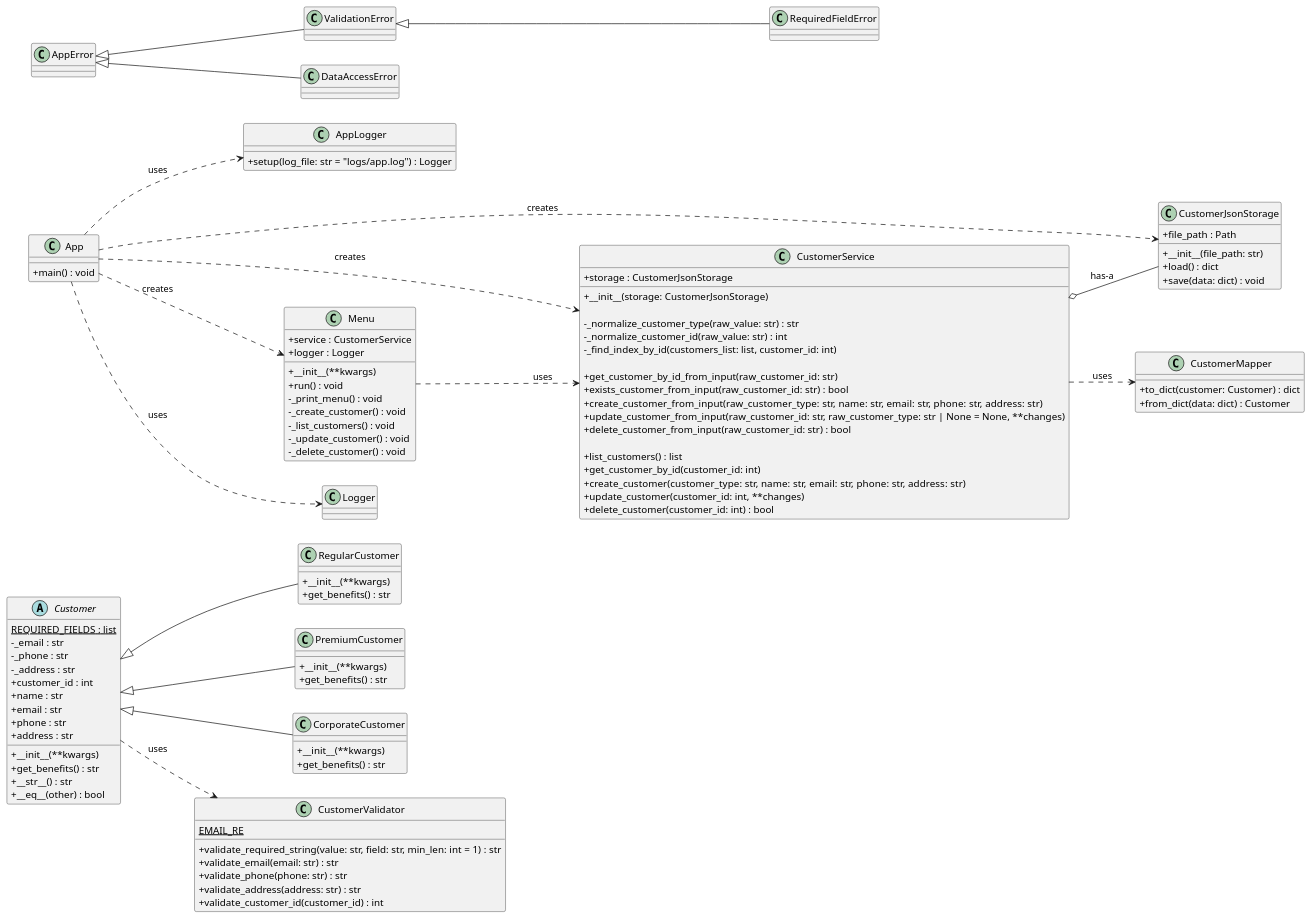
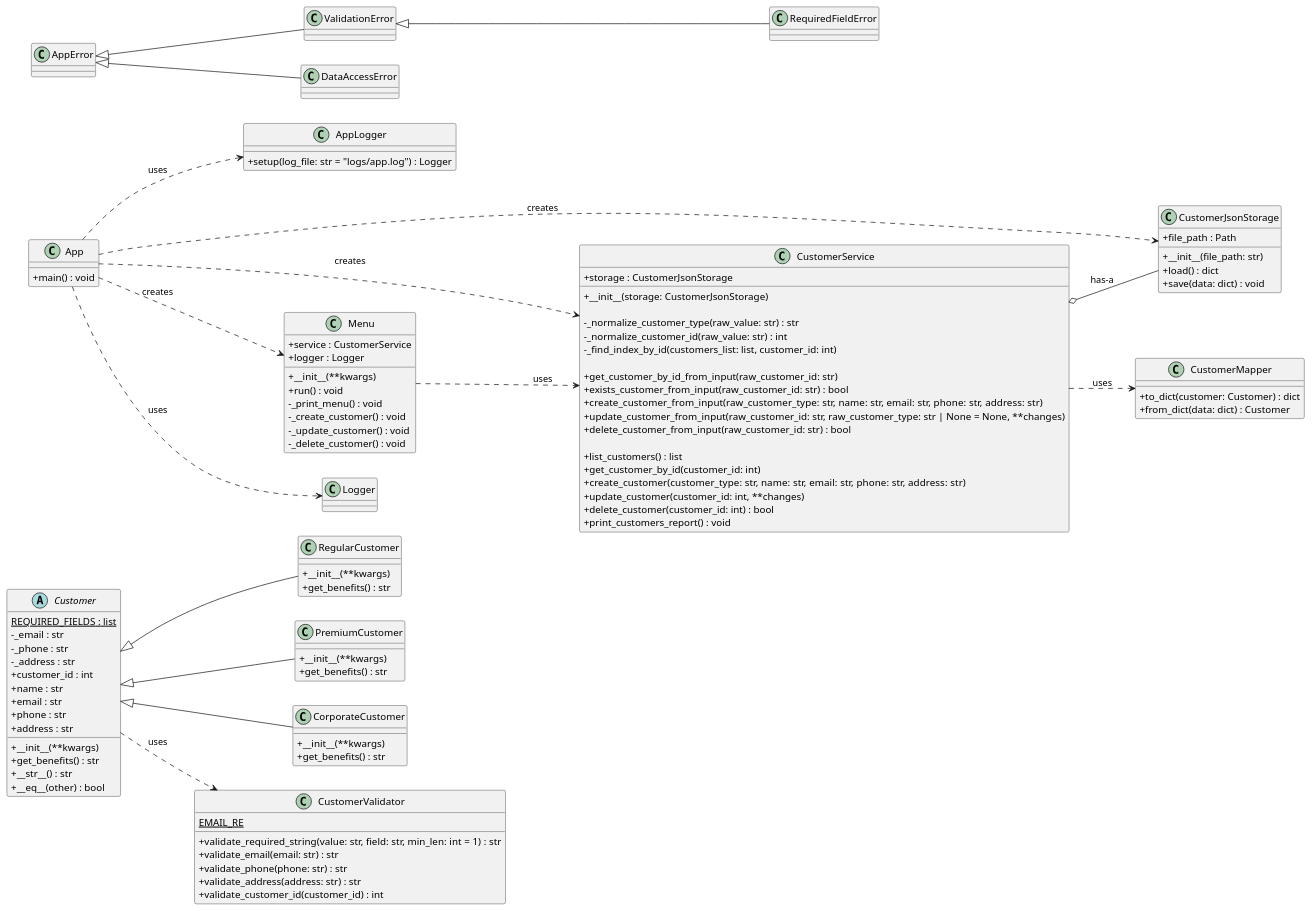
Before and after one commit to marechek/Gestion_Clientes: the diagram in docs/uml/customer_mgn.puml, drawn with PlantUML. The commit also changed other lines of this file and 3 other files, not shown here.

```diff
--- a/docs/uml/customer_mgn.puml
+++ b/docs/uml/customer_mgn.puml
@@ -1,146 +1,146 @@
 @startuml customer_mgn.puml
 left to right direction
 skinparam classAttributeIconSize 0
 
 ' =====================
 ' Domain
 ' =====================
 abstract class Customer {
   {static} REQUIRED_FIELDS : list
   - _email : str
   - _phone : str
   - _address : str
   + customer_id : int
   + name : str
   + __init__(**kwargs)
   + email : str
   + phone : str
   + address : str
   + get_benefits() : str
   + __str__() : str
   + __eq__(other) : bool
 }
 
 class RegularCustomer {
   + __init__(**kwargs)
   + get_benefits() : str
 }
 class PremiumCustomer {
   + __init__(**kwargs)
   + get_benefits() : str
 }
 class CorporateCustomer {
   + __init__(**kwargs)
   + get_benefits() : str
 }
 
 Customer <|-- RegularCustomer
 Customer <|-- PremiumCustomer
 Customer <|-- CorporateCustomer
 
 Customer ..> CustomerValidator : uses
 
 ' =====================
 ' Validators
 ' =====================
 class CustomerValidator {
   {static} EMAIL_RE
   + validate_required_string(value: str, field: str, min_len: int = 1) : str
   + validate_email(email: str) : str
   + validate_phone(phone: str) : str
   + validate_address(address: str) : str
   + validate_customer_id(customer_id) : int
 }
 
 ' =====================
 ' Logging
 ' =====================
 class AppLogger {
   + setup(log_file: str = "logs/app.log") : Logger
 }
 
 ' =====================
 ' Errors / Exceptions
 ' =====================
 class AppError
 class ValidationError
 class RequiredFieldError
 class DataAccessError
 
 AppError <|-- ValidationError
 ValidationError <|-- RequiredFieldError
 AppError <|-- DataAccessError
 
 ' =====================
 ' Persistence / Mapping
 ' =====================
 class CustomerJsonStorage {
   + file_path : Path
   + __init__(file_path: str)
   + load() : dict
   + save(data: dict) : void
 }
 
 class CustomerMapper {
   + to_dict(customer: Customer) : dict
   + from_dict(data: dict) : Customer
 }
 
 ' =====================
 ' Services
 ' =====================
 class CustomerService {
   + storage : CustomerJsonStorage
   + __init__(storage: CustomerJsonStorage)
 
   - _normalize_customer_type(raw_value: str) : str
   - _normalize_customer_id(raw_value: str) : int
   - _find_index_by_id(customers_list: list, customer_id: int)
 
   + get_customer_by_id_from_input(raw_customer_id: str)
   + exists_customer_from_input(raw_customer_id: str) : bool
   + create_customer_from_input(raw_customer_type: str, name: str, email: str, phone: str, address: str)
   + update_customer_from_input(raw_customer_id: str, raw_customer_type: str | None = None, **changes)
   + delete_customer_from_input(raw_customer_id: str) : bool
 
   + list_customers() : list
   + get_customer_by_id(customer_id: int)
   + create_customer(customer_type: str, name: str, email: str, phone: str, address: str)
   + update_customer(customer_id: int, **changes)
   + delete_customer(customer_id: int) : bool
+  + print_customers_report() : void
 }
 
 CustomerService ..> CustomerMapper : uses
 CustomerService o-- CustomerJsonStorage : has-a
 
 ' =====================
 ' UI
 ' =====================
 class Menu {
   + service : CustomerService
   + logger : Logger
   + __init__(**kwargs)
   + run() : void
   - _print_menu() : void
   - _create_customer() : void
-  - _list_customers() : void
   - _update_customer() : void
   - _delete_customer() : void
 }
 
 Menu ..> CustomerService : uses
 
 ' =====================
 ' Composition Root (main.py)
 ' =====================
 class App {
   + main() : void
 }
 
 App ..> AppLogger : uses
 App ..> CustomerJsonStorage : creates
 App ..> CustomerService : creates
 App ..> Menu : creates
 App ..> Logger : uses
 
 @enduml
```
